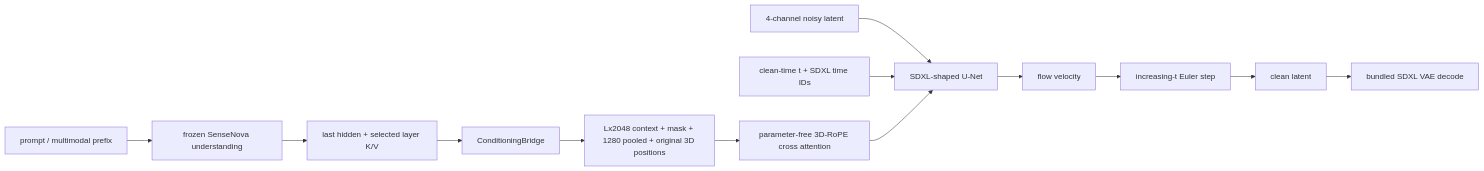
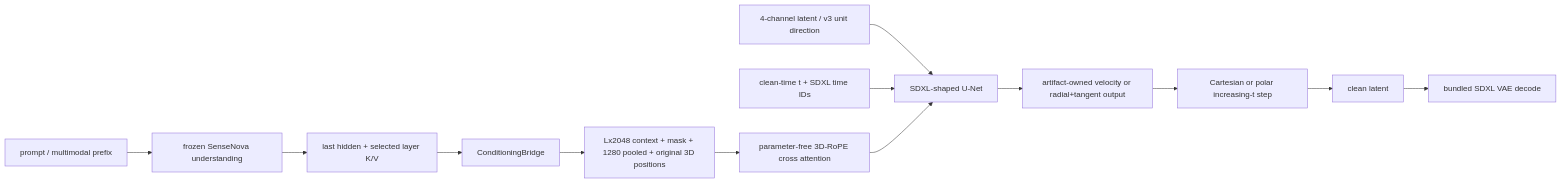
One commit to celll1/SushiUI changed the diagram in docs/reference/architectures/sensenova_sdxl_chimera.md. Above: the diagram before and after it, drawn with Mermaid. The commit also changed other lines of this file and 11 other files, not shown here.

````diff
--- a/docs/reference/architectures/sensenova_sdxl_chimera.md
+++ b/docs/reference/architectures/sensenova_sdxl_chimera.md
@@ -42,15 +42,15 @@
 ```mermaid
 flowchart LR
   P["prompt / multimodal prefix"] --> U["frozen SenseNova understanding"]
   U --> H["last hidden + selected layer K/V"]
   H --> B["ConditioningBridge"]
   B --> C["Lx2048 context + mask + 1280 pooled + original 3D positions"]
-  N["4-channel noisy latent"] --> D["SDXL-shaped U-Net"]
+  N["4-channel latent / v3 unit direction"] --> D["SDXL-shaped U-Net"]
   T["clean-time t + SDXL time IDs"] --> D
   C --> A["parameter-free 3D-RoPE cross attention"]
   A --> D
-  D --> V["flow velocity"]
-  V --> E["increasing-t Euler step"]
+  D --> V["artifact-owned velocity or radial+tangent output"]
+  V --> E["Cartesian or polar increasing-t step"]
   E --> Z["clean latent"]
   Z --> VAE["bundled SDXL VAE decode"]
 ```
````
